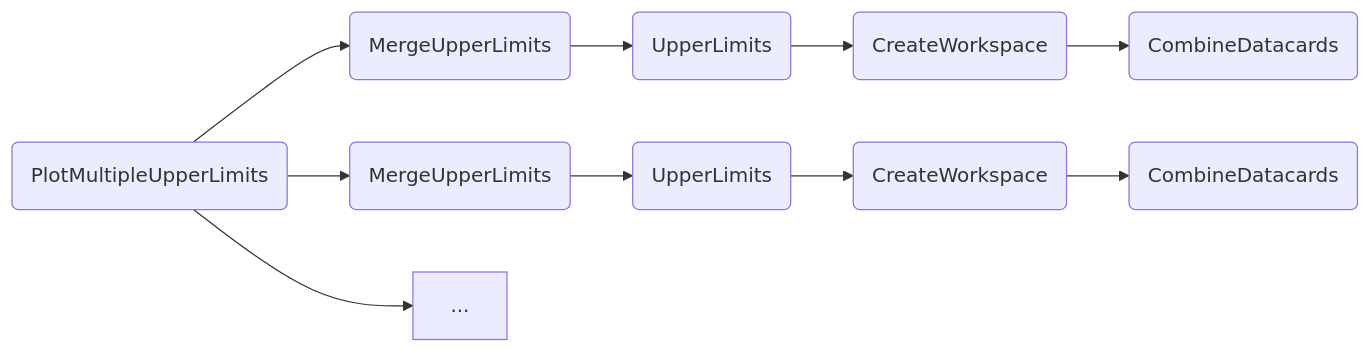
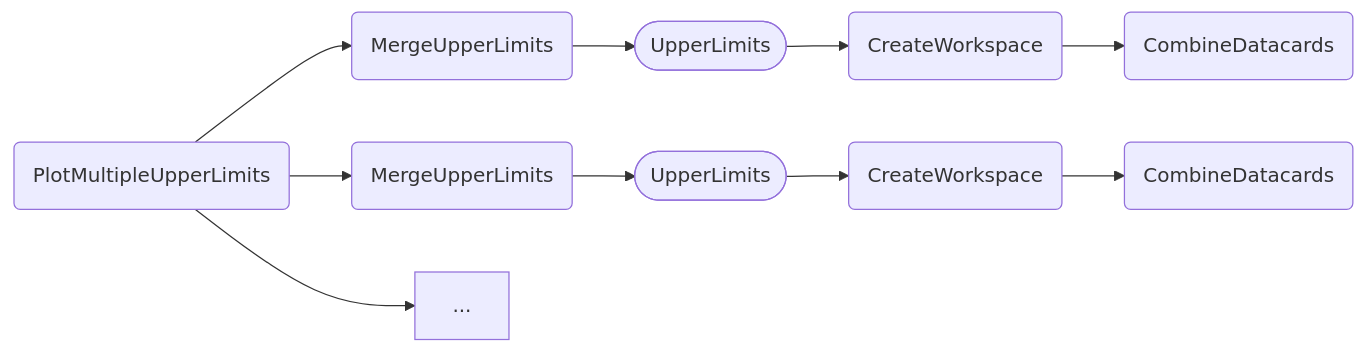
One commit to cms-hh/inference_tools changed the second of 3 diagrams in docs/content/tasks/limits.md. Above: the diagram before and after it, drawn with Mermaid. The commit also changed other lines of this file and 6 other files, not shown here.

Commit message:
Mark workflows in docs dependency graphs.

````diff
--- a/docs/content/tasks/limits.md
+++ b/docs/content/tasks/limits.md
@@ -124,12 +126,12 @@
 ```mermaid
 graph LR;
     A(PlotMultipleUpperLimits) --> B1(MergeUpperLimits);
     A --> B2(MergeUpperLimits);
     A --> ...;
-    B1 --> C1(UpperLimits);
-    B2 --> C2(UpperLimits);
+    B1 --> C1([UpperLimits]);
+    B2 --> C2([UpperLimits]);
     C1 --> D1(CreateWorkspace);
     C2 --> D2(CreateWorkspace);
     D1 --> E1(CombineDatacards);
     D2 --> E2(CombineDatacards);
 ```
````
